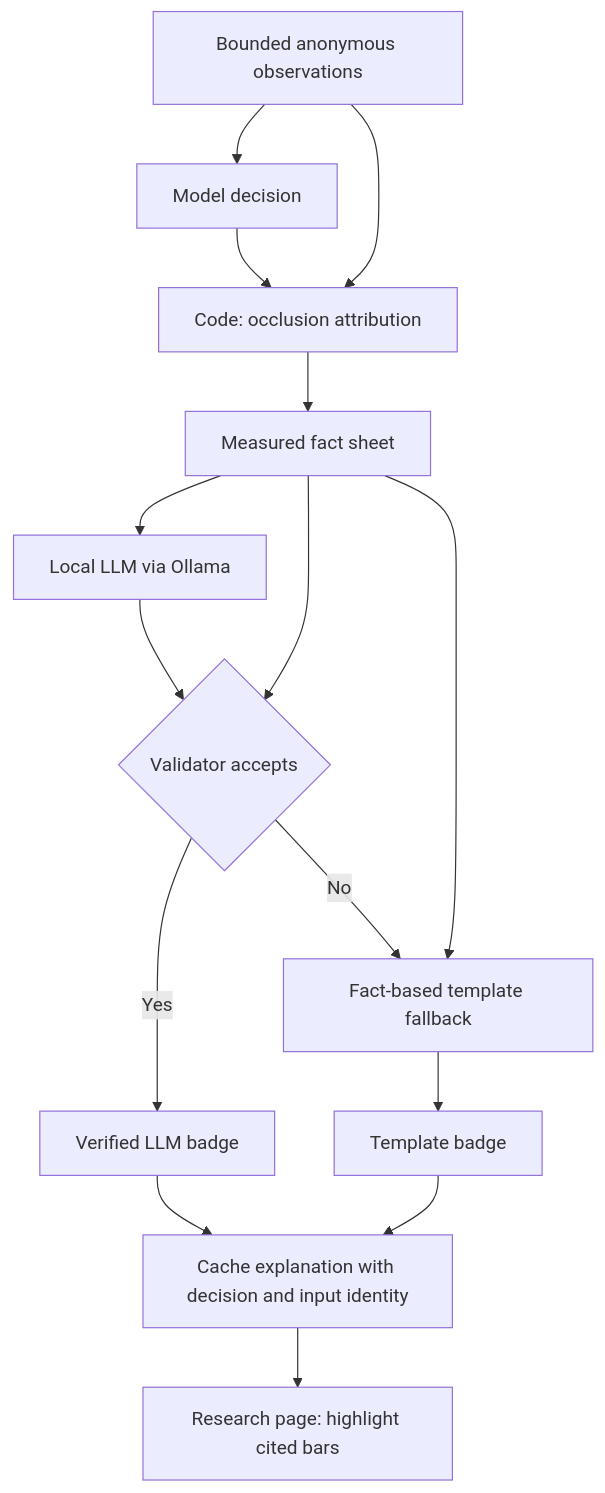
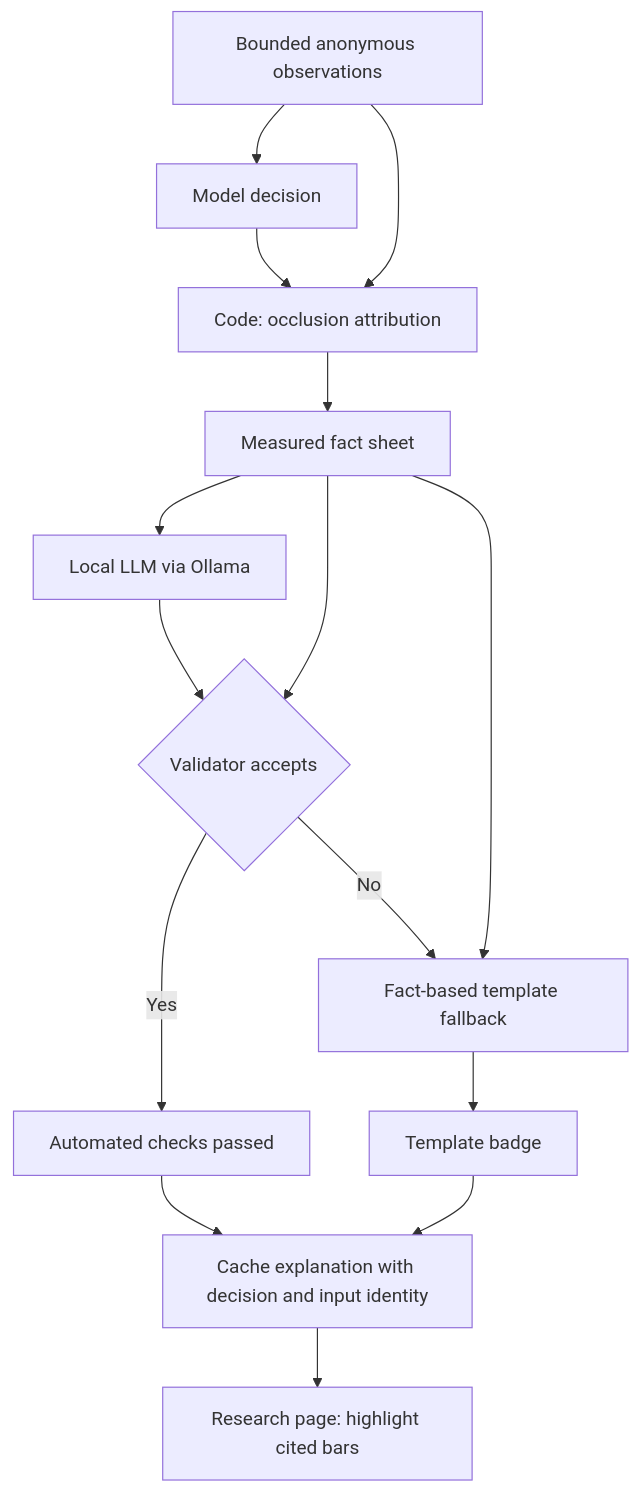
One commit to Saad-Rafik-Etu-IMT/marketgpt-blind-replay changed the second of 2 diagrams in README.md. Above: the diagram before and after it, drawn with Mermaid. The commit also changed other lines of this file and 25 other files, not shown here.

````diff
--- a/README.md
+++ b/README.md
@@ -331,17 +386,17 @@
 ```mermaid
 flowchart TD
     O["Bounded anonymous observations"] --> M["Model decision"]
     M --> A["Code: occlusion attribution"]
     O --> A
     A --> F["Measured fact sheet"]
     F --> L["Local LLM via Ollama"]
     L --> V{"Validator accepts"}
     F --> V
-    V -->|Yes| OK["Verified LLM badge"]
+    V -->|Yes| OK["Automated checks passed"]
     V -->|No| T["Fact-based template fallback"]
     F --> T
     T --> TB["Template badge"]
     OK --> CACHE["Cache explanation with decision and input identity"]
     TB --> CACHE
     CACHE --> UI["Research page: highlight cited bars"]
 ```
````
